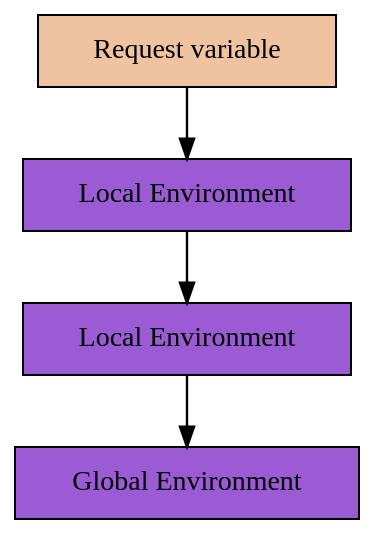
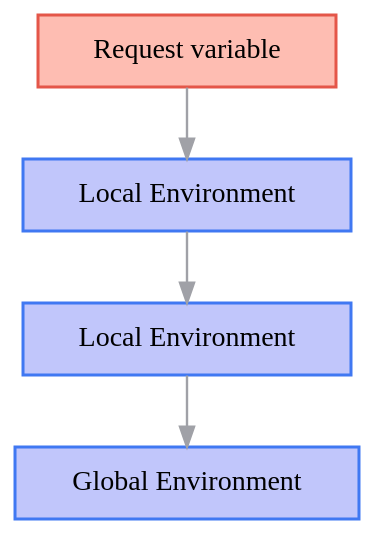
One commit to wmedrano/wmedrano.dev changed the first of 2 diagrams in content/post/2026/02/21/lisp-3.org. Above: the diagram before and after it, drawn with Graphviz. The commit also changed other lines of this file and 13 other files, not shown here.

```diff
--- a/content/post/2026/02/21/lisp-3.org
+++ b/content/post/2026/02/21/lisp-3.org
@@ -97,12 +97,12 @@
 #+BEGIN_SRC dot :file env.svg :exports results
 digraph {
   graph [ bgcolor=transparent, fontname="sans-serif" ];
-  node [ shape=box, style=filled, fontcolor="#222", margin="0.2,0.1" ];
-  edge [ color="#444", penwidth=1.2, fontcolor="#444" ];
+  node [ shape=box, style=filled, fontcolor="#333", margin="0.2,0.1", penwidth=1.5 ];
+  edge [ color="#a0a1a7", penwidth=1.2, fontcolor="#a0a1a7" ];
   RequestVariable -> LocalEnvironment1 -> LocalEnvironment2 -> GlobalEnvironment;
-  RequestVariable [ fillcolor="#f0c3a0", label="Request variable" ];
-  LocalEnvironment1 [ fillcolor="#9b5bd4", label="Local Environment" ];
-  LocalEnvironment2 [ fillcolor="#9b5bd4", label="Local Environment" ];
-  GlobalEnvironment [ fillcolor="#9b5bd4", label="Global Environment" ];
+  RequestVariable [ fillcolor="#febdb2", color="#e45649", label="Request variable" ];
+  LocalEnvironment1 [ fillcolor="#c1c6fb", color="#4078f2", label="Local Environment" ];
+  LocalEnvironment2 [ fillcolor="#c1c6fb", color="#4078f2", label="Local Environment" ];
+  GlobalEnvironment [ fillcolor="#c1c6fb", color="#4078f2", label="Global Environment" ];
 }
 #+END_SRC
```
